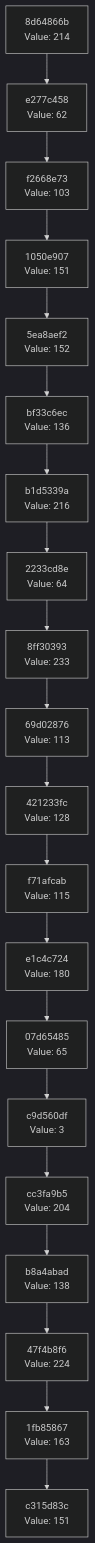
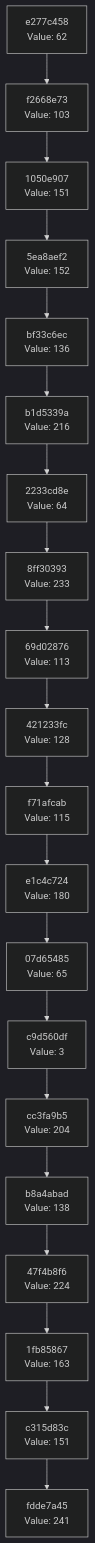
Before and after one commit to Abhisheksinha1506/hash-chain-evolver: the diagram in docs/CHAIN_VISUALIZATION.md, drawn with Mermaid (dark theme). The commit also changed 1 other file, not shown here.

Commit message:
Evolution step: hash 0xF1 → action executed

````diff
--- a/docs/CHAIN_VISUALIZATION.md
+++ b/docs/CHAIN_VISUALIZATION.md
@@ -3,42 +3,42 @@
 ```mermaid
 graph TD
-    C0["c315d83c<br/>Value: 151"]
-    C1["1fb85867<br/>Value: 163"]
+    C0["fdde7a45<br/>Value: 241"]
+    C1["c315d83c<br/>Value: 151"]
     C1 --> C0
-    C2["47f4b8f6<br/>Value: 224"]
+    C2["1fb85867<br/>Value: 163"]
     C2 --> C1
-    C3["b8a4abad<br/>Value: 138"]
+    C3["47f4b8f6<br/>Value: 224"]
     C3 --> C2
-    C4["cc3fa9b5<br/>Value: 204"]
+    C4["b8a4abad<br/>Value: 138"]
     C4 --> C3
-    C5["c9d560df<br/>Value: 3"]
+    C5["cc3fa9b5<br/>Value: 204"]
     C5 --> C4
-    C6["07d65485<br/>Value: 65"]
+    C6["c9d560df<br/>Value: 3"]
     C6 --> C5
-    C7["e1c4c724<br/>Value: 180"]
+    C7["07d65485<br/>Value: 65"]
     C7 --> C6
-    C8["f71afcab<br/>Value: 115"]
+    C8["e1c4c724<br/>Value: 180"]
     C8 --> C7
-    C9["421233fc<br/>Value: 128"]
+    C9["f71afcab<br/>Value: 115"]
     C9 --> C8
-    C10["69d02876<br/>Value: 113"]
+    C10["421233fc<br/>Value: 128"]
     C10 --> C9
-    C11["8ff30393<br/>Value: 233"]
+    C11["69d02876<br/>Value: 113"]
     C11 --> C10
-    C12["2233cd8e<br/>Value: 64"]
+    C12["8ff30393<br/>Value: 233"]
     C12 --> C11
-    C13["b1d5339a<br/>Value: 216"]
+    C13["2233cd8e<br/>Value: 64"]
     C13 --> C12
-    C14["bf33c6ec<br/>Value: 136"]
+    C14["b1d5339a<br/>Value: 216"]
     C14 --> C13
-    C15["5ea8aef2<br/>Value: 152"]
+    C15["bf33c6ec<br/>Value: 136"]
     C15 --> C14
-    C16["1050e907<br/>Value: 151"]
+    C16["5ea8aef2<br/>Value: 152"]
     C16 --> C15
-    C17["f2668e73<br/>Value: 103"]
+    C17["1050e907<br/>Value: 151"]
     C17 --> C16
-    C18["e277c458<br/>Value: 62"]
+    C18["f2668e73<br/>Value: 103"]
     C18 --> C17
-    C19["8d64866b<br/>Value: 214"]
+    C19["e277c458<br/>Value: 62"]
     C19 --> C18
 ```
````
